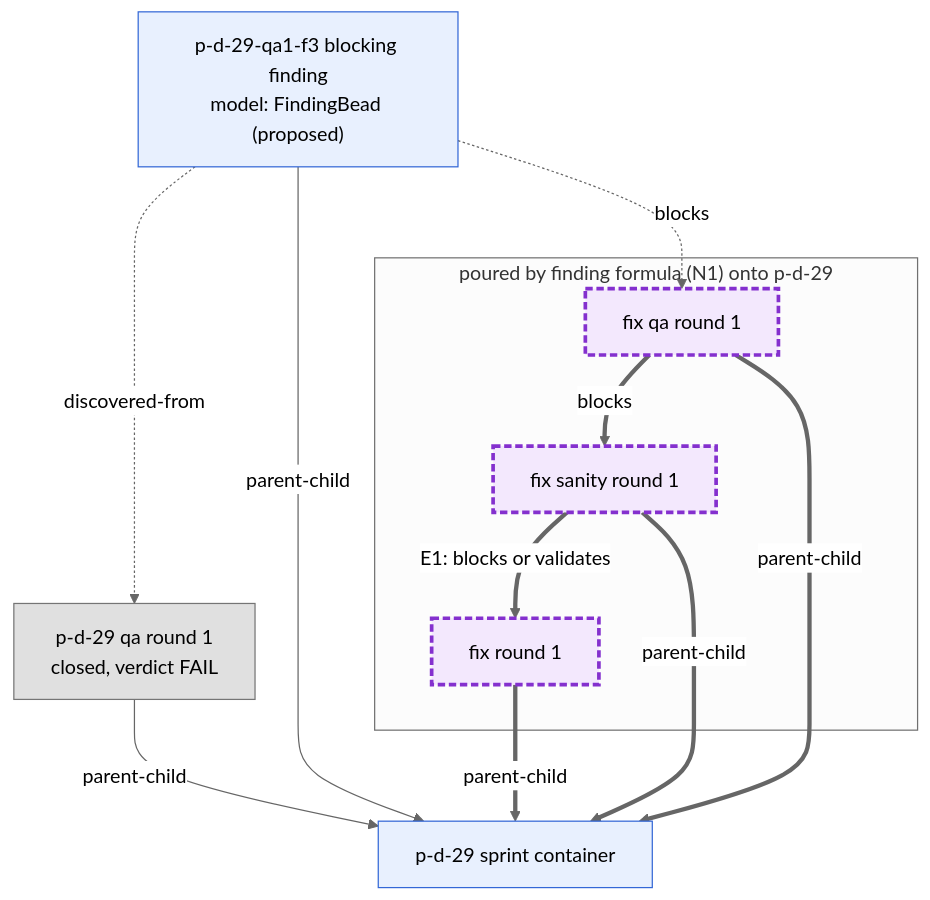
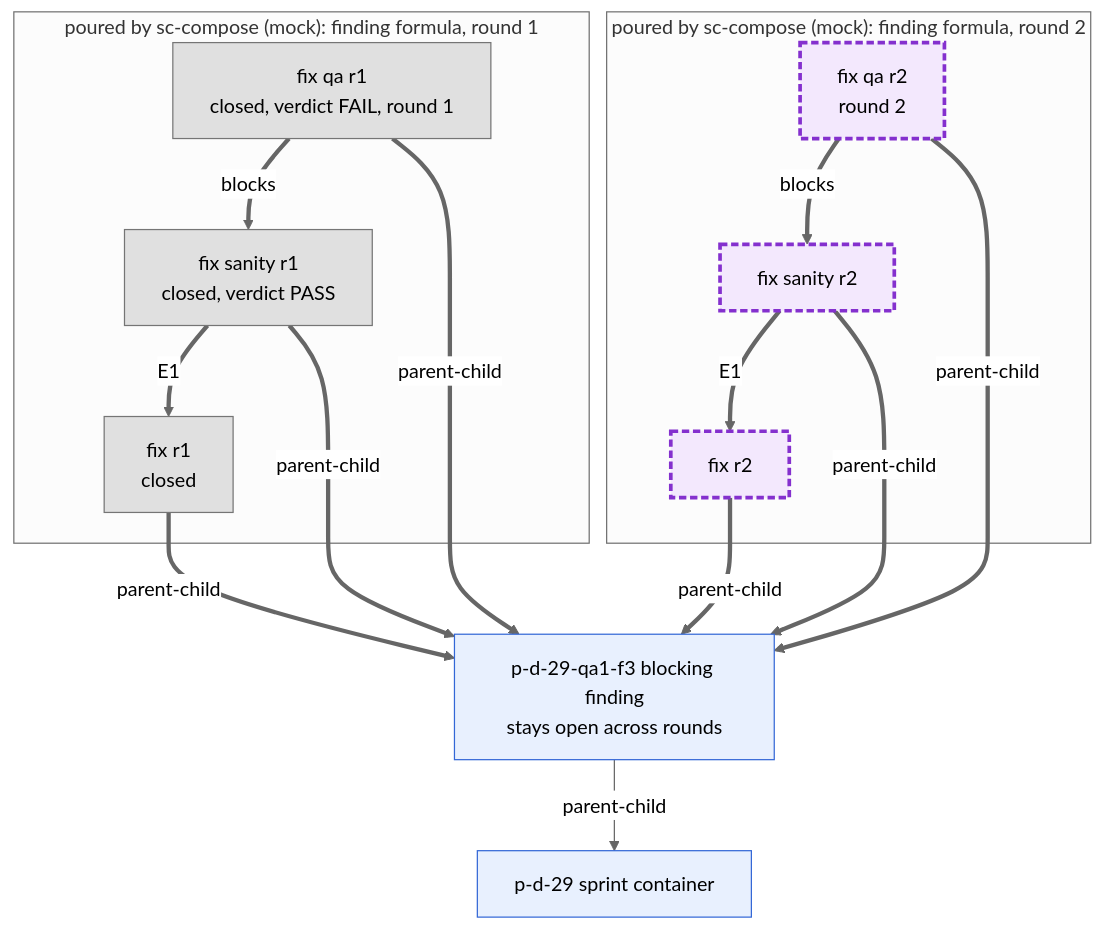
One commit to randlee/atm-bd-orchestration changed the third of 4 diagrams in docs/diagrams/04-sprint-to-be.md. Above: the diagram before and after it, drawn with Mermaid (neutral theme). The commit also changed other lines of this file and 5 other files, not shown here.

First line of the commit message:
docs: apply Rand's rulings to the bead diagrams

````diff
--- a/docs/diagrams/04-sprint-to-be.md
+++ b/docs/diagrams/04-sprint-to-be.md
@@ -99,26 +132,32 @@
 ```mermaid
 flowchart TB
   classDef tmpl fill:#e8f0fe,stroke:#3367d6,color:#000
   classDef poured fill:#f3e8fd,stroke:#8430ce,stroke-width:3px,stroke-dasharray:6 3,color:#000
   classDef closed fill:#e0e0e0,stroke:#757575,color:#000
 
   SPR["p-d-29 sprint container"]:::tmpl
-  QA["p-d-29 qa round 1<br/>closed, verdict FAIL"]:::closed
-  F["p-d-29-qa1-f3 blocking finding<br/>model: FindingBead (proposed)"]:::tmpl
+  F["p-d-29-qa1-f3 blocking finding<br/>stays open across rounds"]:::tmpl
 
-  subgraph POURF["poured by finding formula (N1) onto p-d-29"]
-    FX["fix round 1"]:::poured
-    FS["fix sanity round 1"]:::poured
-    FQ["fix qa round 1"]:::poured
+  subgraph R1["poured by sc-compose (mock): finding formula, round 1"]
+    FX1["fix r1<br/>closed"]:::closed
+    FS1["fix sanity r1<br/>closed, verdict PASS"]:::closed
+    FQ1["fix qa r1<br/>closed, verdict FAIL, round 1"]:::closed
+  end
+  subgraph R2["poured by sc-compose (mock): finding formula, round 2"]
+    FX2["fix r2"]:::poured
+    FS2["fix sanity r2"]:::poured
+    FQ2["fix qa r2<br/>round 2"]:::poured
   end
 
-  QA -->|parent-child| SPR
   F -->|parent-child| SPR
-  F -.->|discovered-from| QA
-  FX ==>|parent-child| SPR
-  FS ==>|parent-child| SPR
-  FQ ==>|parent-child| SPR
-  FS ==>|"E1: blocks or validates"| FX
-  FQ ==>|blocks| FS
-  F -.->|blocks| FQ
+  FX1 ==>|parent-child| F
+  FS1 ==>|parent-child| F
+  FQ1 ==>|parent-child| F
+  FS1 ==>|"E1"| FX1
+  FQ1 ==>|blocks| FS1
+  FX2 ==>|parent-child| F
+  FS2 ==>|parent-child| F
+  FQ2 ==>|parent-child| F
+  FS2 ==>|"E1"| FX2
+  FQ2 ==>|blocks| FS2
 ```
````
